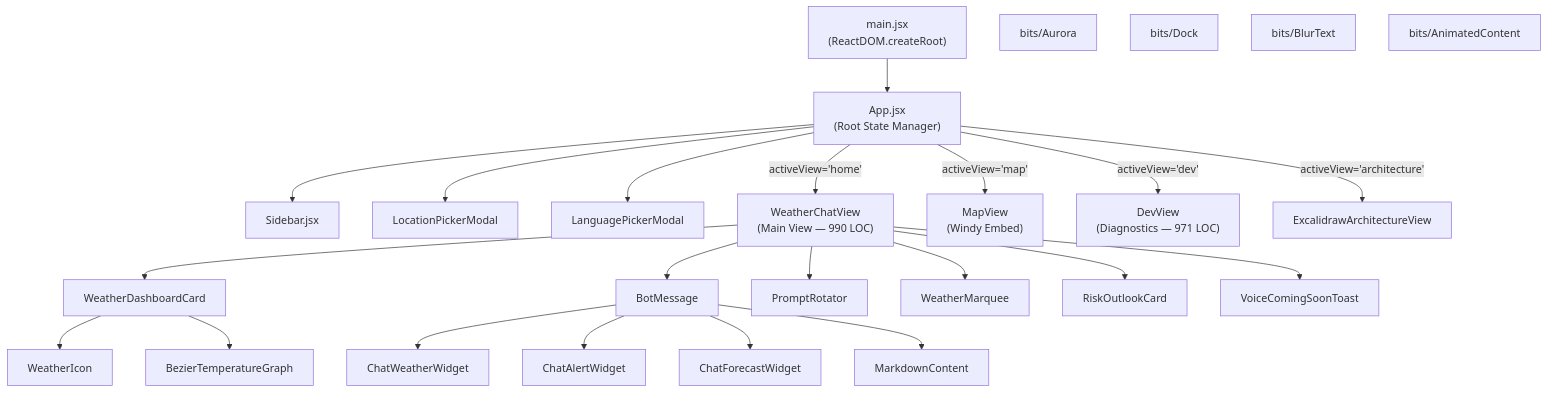
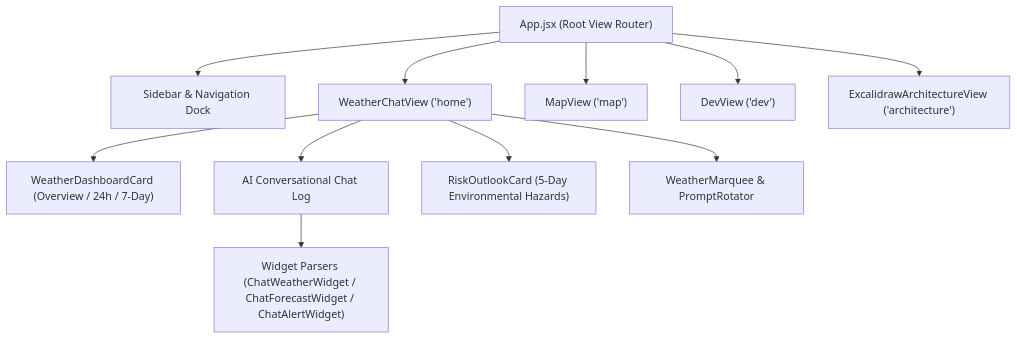
The second of 6 diagrams in frontend/Architecture.md (omsenjalia/weathergpt), drawn with Mermaid before and after one commit. The commit also changed other lines of this file, not shown here.

Commit message:
docs: refactor Architecture.md into judge-ready SIH presentation annex

````diff
--- a/frontend/Architecture.md
+++ b/frontend/Architecture.md
@@ -426,57 +263,15 @@
 ```mermaid
 graph TD
-    ROOT["main.jsx<br/>(ReactDOM.createRoot)"]
-    APP["App.jsx<br/>(Root State Manager)"]
-    
-    SB["Sidebar.jsx"]
-    LPM["LocationPickerModal"]
-    LGM["LanguagePickerModal"]
-    
-    WCV["WeatherChatView<br/>(Main View — 990 LOC)"]
-    MV["MapView<br/>(Windy Embed)"]
-    DV["DevView<br/>(Diagnostics — 971 LOC)"]
-    EAV["ExcalidrawArchitectureView"]
-    
-    WDC["WeatherDashboardCard"]
-    BM["BotMessage"]
-    WI["WeatherIcon"]
-    PR["PromptRotator"]
-    WM["WeatherMarquee"]
-    MC["MarkdownContent"]
-    ROC["RiskOutlookCard"]
-    VT["VoiceComingSoonToast"]
-    
-    CWW["ChatWeatherWidget"]
-    CAW["ChatAlertWidget"]
-    CFW["ChatForecastWidget"]
-    BTG["BezierTemperatureGraph"]
-    
-    AUR["bits/Aurora"]
-    DOCK["bits/Dock"]
-    BLR["bits/BlurText"]
-    AC["bits/AnimatedContent"]
+    APP["App.jsx (Root View Router)"] --> NAV["Sidebar & Navigation Dock"]
+    APP --> V1["WeatherChatView ('home')"]
+    APP --> V2["MapView ('map')"]
+    APP --> V3["DevView ('dev')"]
+    APP --> V4["ExcalidrawArchitectureView ('architecture')"]
 
-    ROOT --> APP
-    APP --> SB
-    APP --> LPM
-    APP --> LGM
-    APP -->|"activeView='home'"| WCV
-    APP -->|"activeView='map'"| MV
-    APP -->|"activeView='dev'"| DV
-    APP -->|"activeView='architecture'"| EAV
-    
-    WCV --> WDC
-    WCV --> BM
-    WCV --> PR
-    WCV --> WM
-    WCV --> ROC
-    WCV --> VT
-    
-    WDC --> WI
-    WDC --> BTG
-    
-    BM --> CWW
-    BM --> CAW
-    BM --> CFW
-    BM --> MC
+    V1 --> W1["WeatherDashboardCard (Overview / 24h / 7-Day)"]
+    V1 --> W2["AI Conversational Chat Log"]
+    V1 --> W3["RiskOutlookCard (5-Day Environmental Hazards)"]
+    V1 --> W4["WeatherMarquee & PromptRotator"]
+
+    W2 --> WIDGETS["Widget Parsers (ChatWeatherWidget / ChatForecastWidget / ChatAlertWidget)"]
 ```
````
